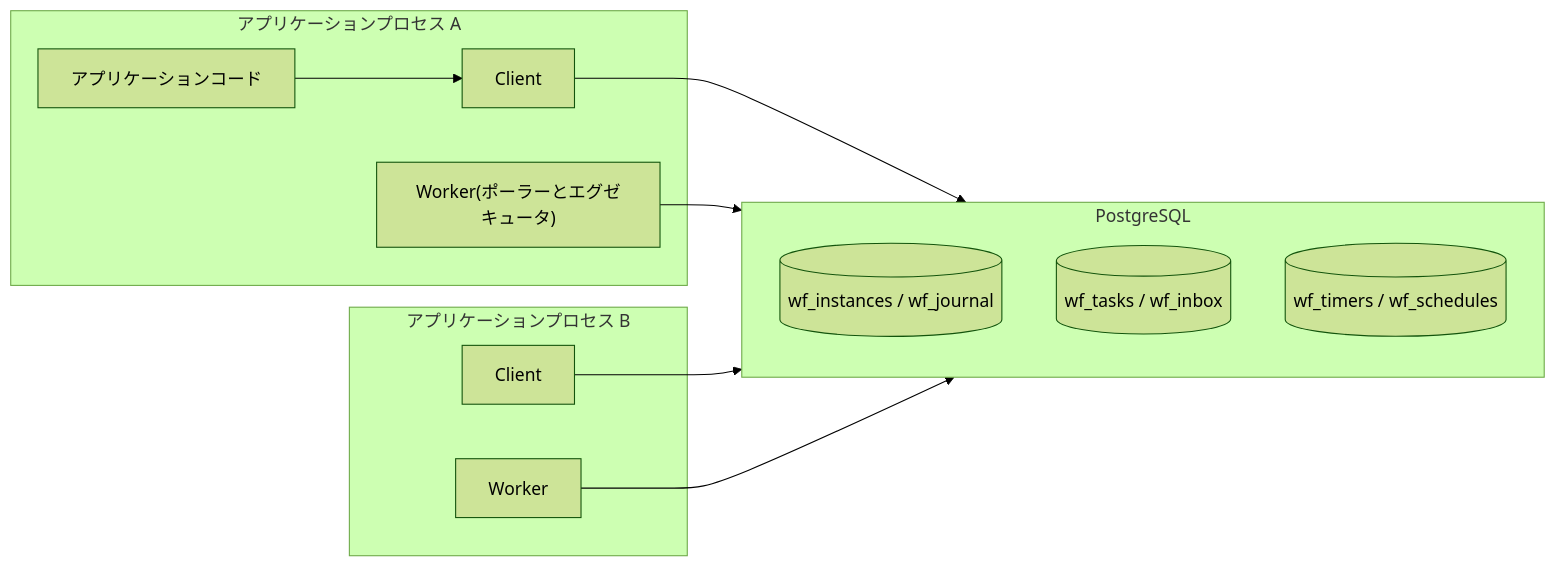
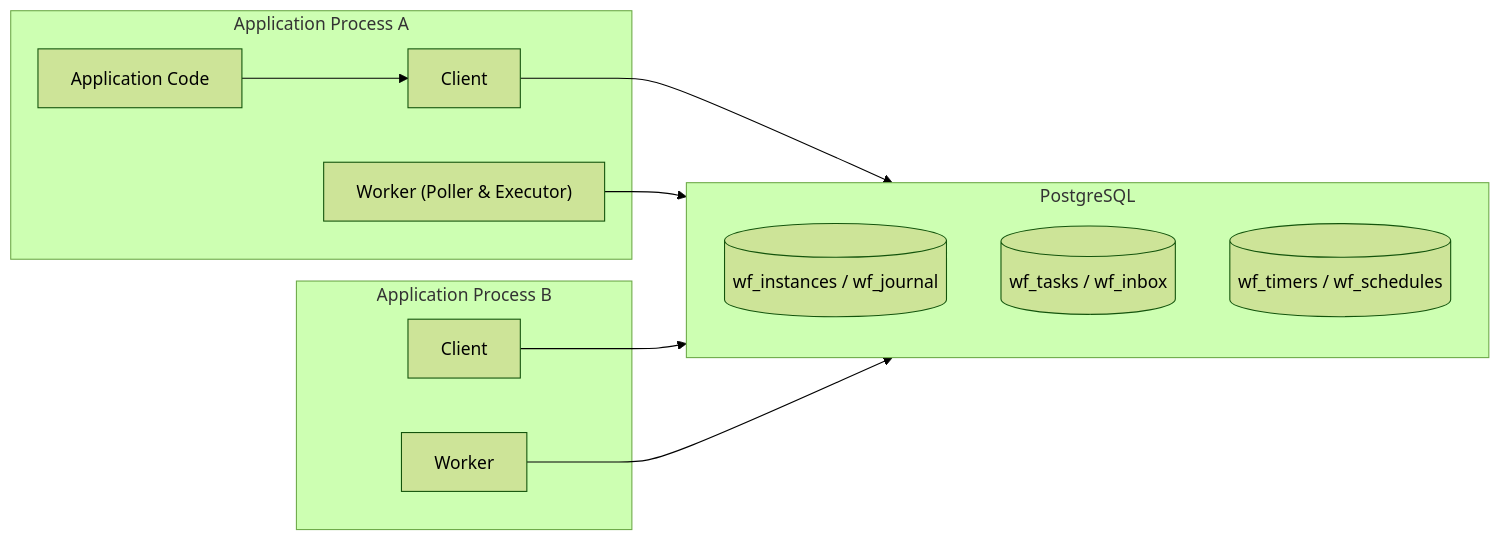
One commit to hirokazumiyaji/tasuki changed the first of 3 diagrams in docs/02-architecture.md. Above: the diagram before and after it, drawn with Mermaid (forest theme). The commit also changed other lines of this file and 117 other files, not shown here.

````diff
--- a/docs/02-architecture.md
+++ b/docs/02-architecture.md
@@ -12,22 +15,22 @@
 ```mermaid
 flowchart LR
-    subgraph appA["アプリケーションプロセス A"]
-        codeA["アプリケーションコード"]
+    subgraph appA["Application Process A"]
+        codeA["Application Code"]
         clientA["Client"]
-        workerA["Worker(ポーラーとエグゼキュータ)"]
+        workerA["Worker (Poller & Executor)"]
     end
-    subgraph appB["アプリケーションプロセス B"]
+    subgraph appB["Application Process B"]
         clientB["Client"]
         workerB["Worker"]
     end
     subgraph pg["PostgreSQL"]
         t1[("wf_instances / wf_journal")]
         t2[("wf_tasks / wf_inbox")]
         t3[("wf_timers / wf_schedules")]
     end
     codeA --> clientA
     clientA --> pg
     workerA --> pg
     clientB --> pg
     workerB --> pg
 ```
````
